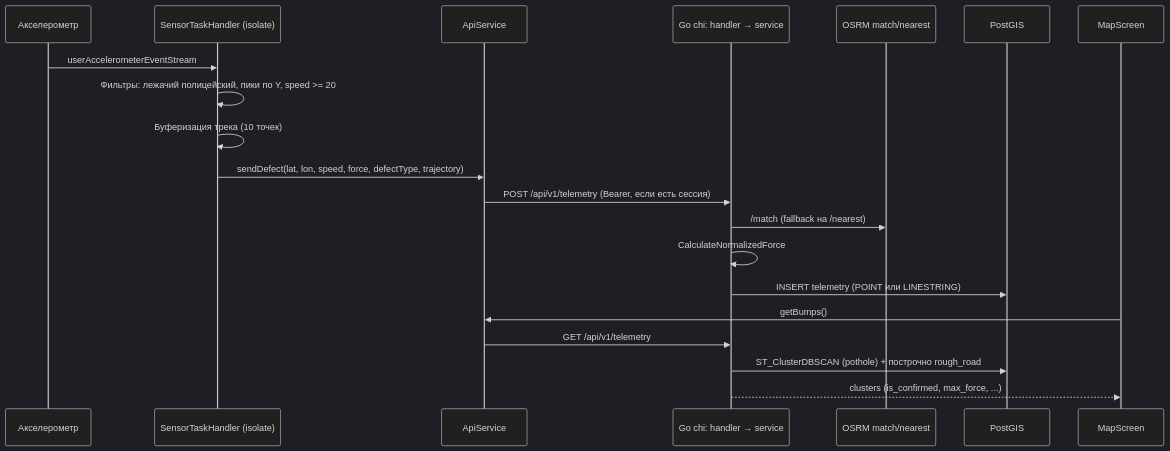
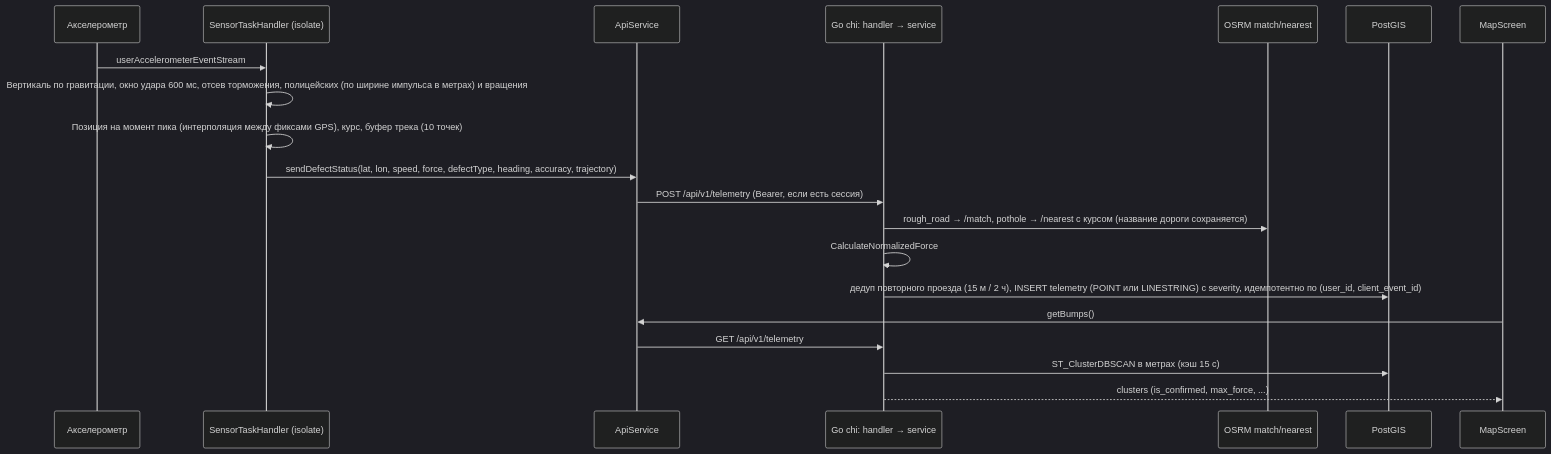
Before and after one commit to yanelle-dev/road-pulse: the first of 2 diagrams in docs/ARCHITECTURE.md, drawn with Mermaid (dark theme). The commit also changed other lines of this file and 41 other files, not shown here.

````diff
--- a/docs/ARCHITECTURE.md
+++ b/docs/ARCHITECTURE.md
@@ -19,23 +19,23 @@
 ```mermaid
 sequenceDiagram
   participant Accel as Акселерометр
   participant Sensor as SensorTaskHandler (isolate)
   participant API as ApiService
   participant BE as Go chi: handler → service
   participant OSRM as OSRM match/nearest
   participant DB as PostGIS
   participant Map as MapScreen
 
   Accel->>Sensor: userAccelerometerEventStream
-  Sensor->>Sensor: Фильтры: лежачий полицейский, пики по Y, speed >= 20
-  Sensor->>Sensor: Буферизация трека (10 точек)
-  Sensor->>API: sendDefect(lat, lon, speed, force, defectType, trajectory)
+  Sensor->>Sensor: Вертикаль по гравитации, окно удара 600 мс, отсев торможения, полицейских (по ширине импульса в метрах) и вращения
+  Sensor->>Sensor: Позиция на момент пика (интерполяция между фиксами GPS), курс, буфер трека (10 точек)
+  Sensor->>API: sendDefectStatus(lat, lon, speed, force, defectType, heading, accuracy, trajectory)
   API->>BE: POST /api/v1/telemetry (Bearer, если есть сессия)
-  BE->>OSRM: /match (fallback на /nearest)
+  BE->>OSRM: rough_road → /match, pothole → /nearest с курсом (название дороги сохраняется)
   BE->>BE: CalculateNormalizedForce
-  BE->>DB: INSERT telemetry (POINT или LINESTRING)
+  BE->>DB: дедуп повторного проезда (15 м / 2 ч), INSERT telemetry (POINT или LINESTRING) с severity, идемпотентно по (user_id, client_event_id)
   Map->>API: getBumps()
   API->>BE: GET /api/v1/telemetry
-  BE->>DB: ST_ClusterDBSCAN (pothole) + построчно rough_road
+  BE->>DB: ST_ClusterDBSCAN в метрах (кэш 15 с)
   BE-->>Map: clusters (is_confirmed, max_force, ...)
 ```
````
